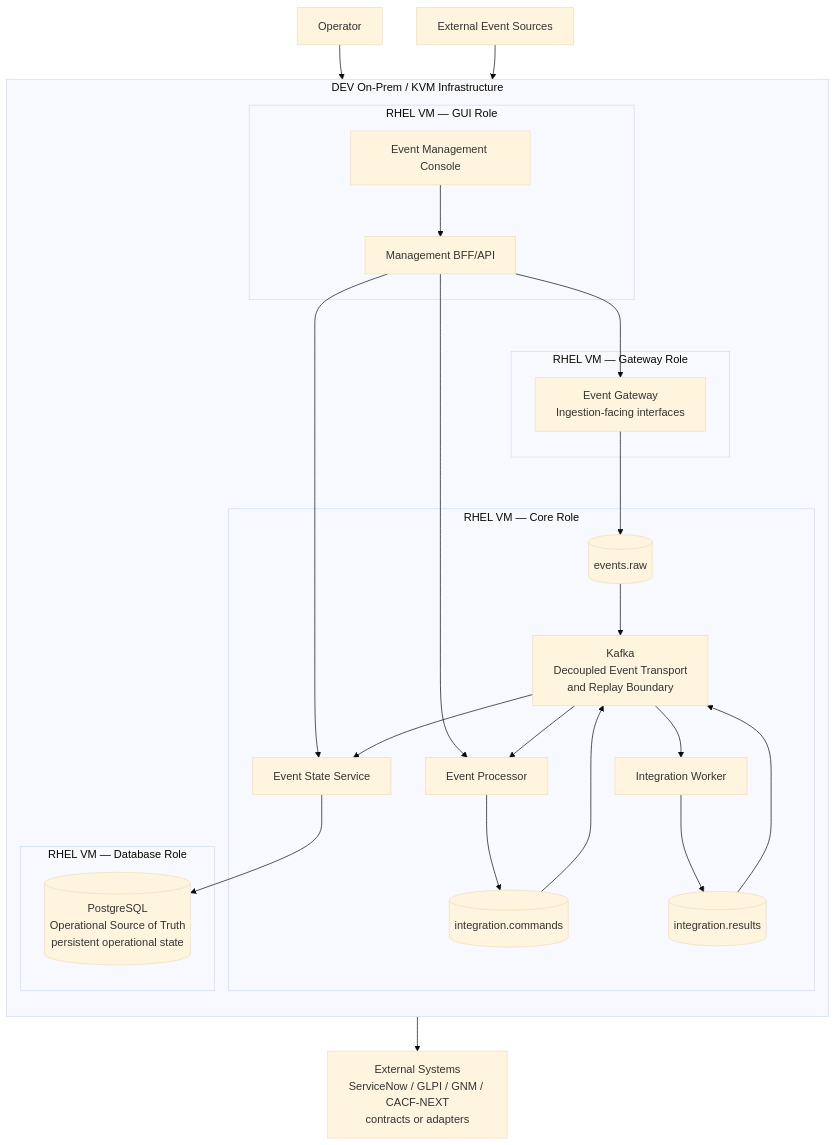
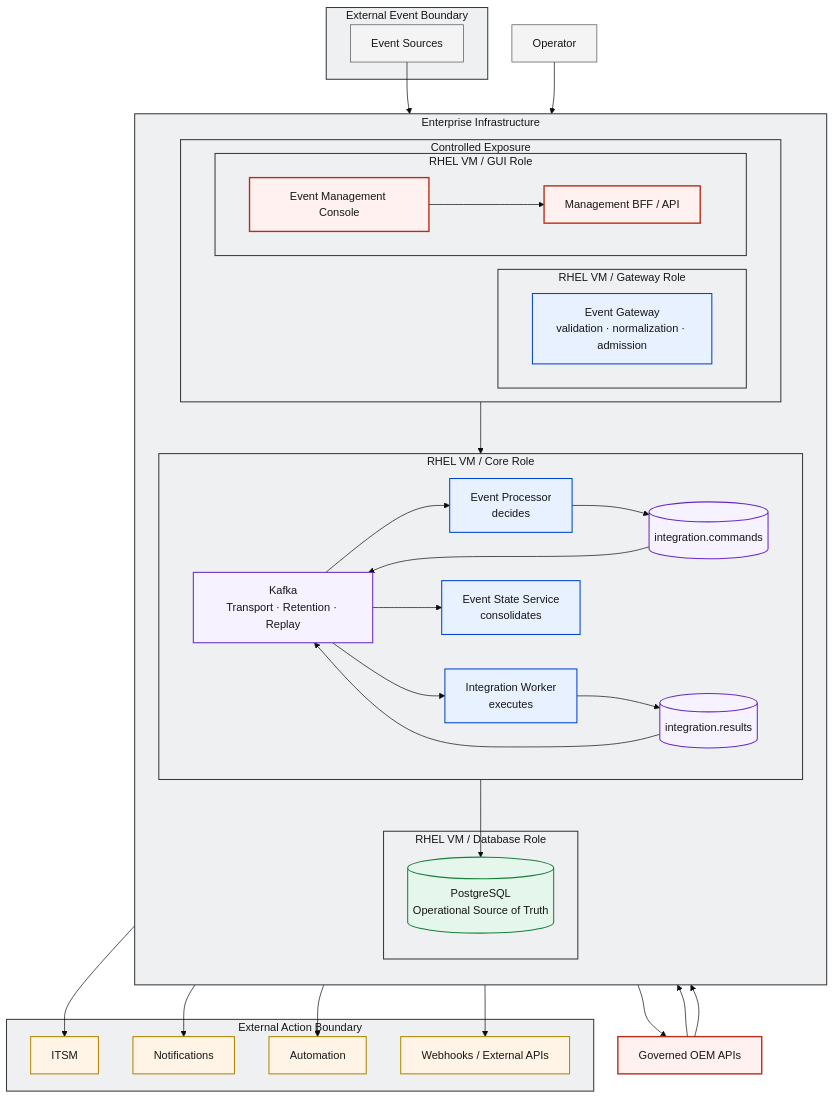
One commit to eventmgmtplatform/docs changed the second of 6 diagrams in docs/architecture/d3-rhel-current.md. Above: the diagram before and after it, drawn with Mermaid (base theme). The commit also changed other lines of this file and 4 other files, not shown here.

Commit message:
docs(architecture): redesign D3 RHEL deployment architecture

````diff
--- a/docs/architecture/d3-rhel-current.md
+++ b/docs/architecture/d3-rhel-current.md
@@ -24,45 +82,74 @@
 ```mermaid
 flowchart TB
-  OP[Operator]
-  SOURCES[External Event Sources]
-  EXTERNAL[External Systems\nServiceNow / GLPI / GNM / CACF-NEXT\ncontracts or adapters]
+  subgraph EXTERNAL_EVENT[External Event Boundary]
+    SOURCES[Event Sources]
+  end
 
-  subgraph ONPREM[DEV On-Prem / KVM Infrastructure]
+  subgraph ENTERPRISE[Enterprise Infrastructure]
     direction TB
-    subgraph GUI[RHEL VM — GUI Role]
-      CONSOLE[Event Management Console]
-      BFF[Management BFF/API]
-      CONSOLE --> BFF
+    subgraph EDGE[Controlled Exposure]
+      direction LR
+      subgraph GATEWAY[RHEL VM / Gateway Role]
+        GW[Event Gateway<br/>validation · normalization · admission]
+      end
+      subgraph GUI[RHEL VM / GUI Role]
+        CONSOLE[Event Management Console]
+        BFF[Management BFF / API]
+        CONSOLE --> BFF
+      end
     end
 
-    subgraph GATEWAY[RHEL VM — Gateway Role]
-      GW[Event Gateway\nIngestion-facing interfaces]
+    subgraph CORE[RHEL VM / Core Role]
+      direction LR
+      KAFKA[Kafka<br/>Transport · Retention · Replay]
+      PROCESSOR[Event Processor<br/>decides]
+      COMMANDS[(integration.commands)]
+      WORKER[Integration Worker<br/>executes]
+      RESULTS[(integration.results)]
+      ESS[Event State Service<br/>consolidates]
     end
 
-    subgraph CORE[RHEL VM — Core Role]
-      K[Kafka\nDecoupled Event Transport\nand Replay Boundary]
-      RAW[(events.raw)]
-      COMMANDS[(integration.commands)]
-      RESULTS[(integration.results)]
-      EP[Event Processor]
-      IW[Integration Worker]
-      ESS[Event State Service]
-    end
-
-    subgraph DATABASE[RHEL VM — Database Role]
-      PG[(PostgreSQL\nOperational Source of Truth\npersistent operational state)]
+    subgraph DATABASE[RHEL VM / Database Role]
+      POSTGRES[(PostgreSQL<br/>Operational Source of Truth)]
     end
   end
 
-  OP --> CONSOLE
-  BFF --> GW
-  BFF --> EP
-  BFF --> ESS
-  SOURCES --> GW --> RAW --> K
-  K --> EP
-  EP --> COMMANDS --> K
-  K --> IW
-  IW --> EXTERNAL
-  IW --> RESULTS --> K
-  K --> ESS --> PG
+  OPERATOR[Operator]
+  APIS[Governed OEM APIs]
+
+  subgraph EXTERNAL_ACTION[External Action Boundary]
+    ITSM[ITSM]
+    NOTIFY[Notifications]
+    AUTOMATION[Automation]
+    WEBHOOKS[Webhooks / External APIs]
+  end
+
+  SOURCES --> GW --> KAFKA --> PROCESSOR
+  PROCESSOR --> COMMANDS --> KAFKA
+  KAFKA --> WORKER
+  WORKER --> ITSM
+  WORKER --> NOTIFY
+  WORKER --> AUTOMATION
+  WORKER --> WEBHOOKS
+  WORKER --> RESULTS --> KAFKA
+  KAFKA --> ESS --> POSTGRES
+  OPERATOR --> CONSOLE
+  BFF --> APIS --> PROCESSOR
+  APIS --> ESS
+
+  classDef external fill:#f4f4f4,stroke:#525252,color:#161616,stroke-width:1px;
+  classDef management fill:#fff1ef,stroke:#b72c1a,color:#161616,stroke-width:2px;
+  classDef application fill:#e8f1ff,stroke:#0043ce,color:#161616,stroke-width:1.5px;
+  classDef messaging fill:#f6f2ff,stroke:#6929c4,color:#161616,stroke-width:1.5px;
+  classDef data fill:#e5f6ec,stroke:#198038,color:#161616,stroke-width:1.5px;
+  classDef integration fill:#fff4e6,stroke:#b28600,color:#161616,stroke-width:1.5px;
+  classDef infrastructure fill:#eef0f2,stroke:#393939,color:#161616,stroke-width:1.5px;
+
+  class SOURCES,OPERATOR external;
+  class CONSOLE,BFF,APIS management;
+  class GW,PROCESSOR,WORKER,ESS application;
+  class KAFKA,COMMANDS,RESULTS messaging;
+  class POSTGRES data;
+  class ITSM,NOTIFY,AUTOMATION,WEBHOOKS integration;
+  class ENTERPRISE,EDGE,GATEWAY,GUI,CORE,DATABASE,EXTERNAL_EVENT,EXTERNAL_ACTION infrastructure;
 ```
````
